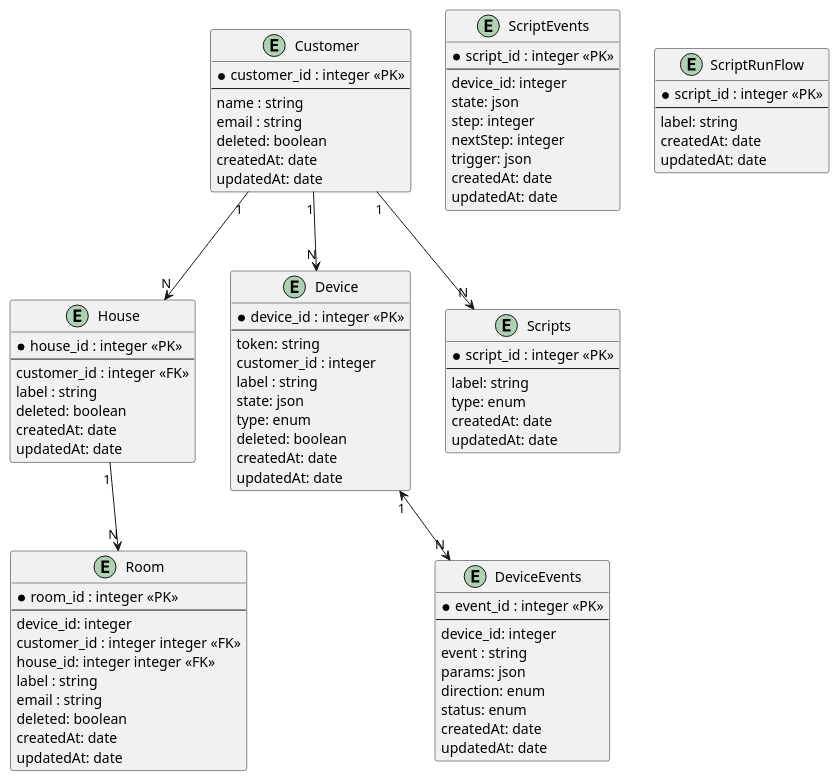
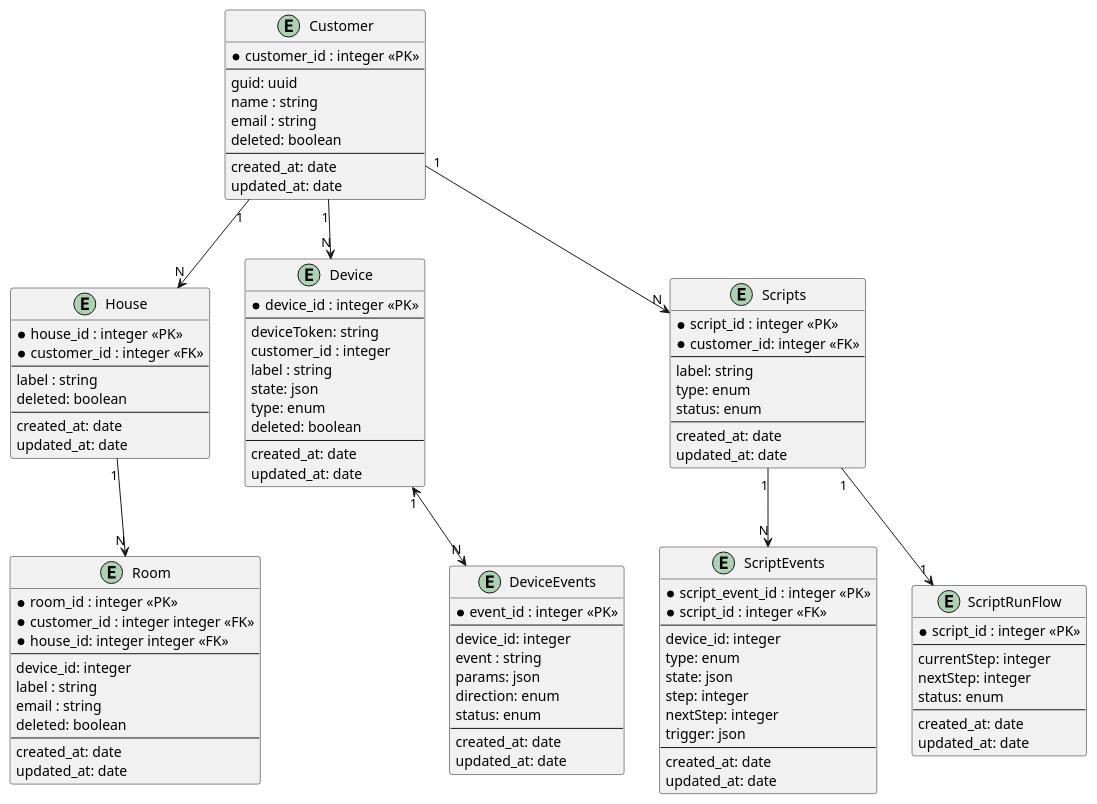
The diagram in apps/smart_home/diagrams/er/er_warmhouse.puml (apheleon/warmhouse), drawn with PlantUML before and after one commit. The commit also changed 1 other file, not shown here.

Commit message:
feat: task 2 code diagram

```diff
--- a/apps/smart_home/diagrams/er/er_warmhouse.puml
+++ b/apps/smart_home/diagrams/er/er_warmhouse.puml
@@ -1,98 +1,118 @@
 @startuml ER_WARMHOUSE
+
 together{
     entity Customer {
         * customer_id : integer <<PK>>
         --
+        guid: uuid
         name : string
         email : string
         deleted: boolean
-        createdAt: date
-        updatedAt: date
+        --
+        created_at: date
+        updated_at: date
     }
 
     entity House {
         * house_id : integer <<PK>>
+        * customer_id : integer <<FK>>
         --
-        customer_id : integer <<FK>>
         label : string
         deleted: boolean
-        createdAt: date
-        updatedAt: date
+        --
+        created_at: date
+        updated_at: date
     }
 
     entity Room {
         * room_id : integer <<PK>>
+        * customer_id : integer integer <<FK>>
+        * house_id: integer integer <<FK>>
         --
         device_id: integer
-        customer_id : integer integer <<FK>>
-        house_id: integer integer <<FK>>
         label : string
         email : string
         deleted: boolean
-        createdAt: date
-        updatedAt: date
+        --
+        created_at: date
+        updated_at: date
     }
 
     entity Device {
         * device_id : integer <<PK>>
         --
-        token: string
+        deviceToken: string
         customer_id : integer
         label : string
         state: json
         type: enum
         deleted: boolean
-        createdAt: date
-        updatedAt: date
+        --
+        created_at: date
+        updated_at: date
     }
 }
 
-entity Scripts {
+together{
+    entity Scripts {
         * script_id : integer <<PK>>
+        * customer_id: integer <<FK>>
         --
         label: string
         type: enum
-        createdAt: date
-        updatedAt: date
-}
+        status: enum
+        --
+        created_at: date
+        updated_at: date
+    }
 
-entity ScriptEvents {
-        * script_id : integer <<PK>>
+    entity ScriptEvents {
+        * script_event_id : integer <<PK>>
+        * script_id : integer <<FK>>
         --
         device_id: integer
+        type: enum
         state: json
         step: integer
         nextStep: integer
         trigger: json
-        createdAt: date
-        updatedAt: date
-}
+        --
+        created_at: date
+        updated_at: date
+    }
 
-entity ScriptRunFlow {
+    entity ScriptRunFlow {
         * script_id : integer <<PK>>
         --
-        label: string
-        createdAt: date
-        updatedAt: date
+        currentStep: integer
+        nextStep: integer
+        status: enum
+        --
+        created_at: date
+        updated_at: date
+    }
 }
 
 together {
     entity DeviceEvents {
         * event_id : integer <<PK>>
         --
         device_id: integer
         event : string
         params: json
         direction: enum
         status: enum
-        createdAt: date
-        updatedAt: date
+        --
+        created_at: date
+        updated_at: date
     }    
 }
 
     Customer "1" --> "N" Scripts
     Customer "1" --> "N" House
     Customer "1" --> "N" Device
     House "1" --> "N" Room
     Device "1" <--> "N" DeviceEvents
+    Scripts "1" --> "N" ScriptEvents
+    Scripts "1" --> "1" ScriptRunFlow
 @enduml
```
